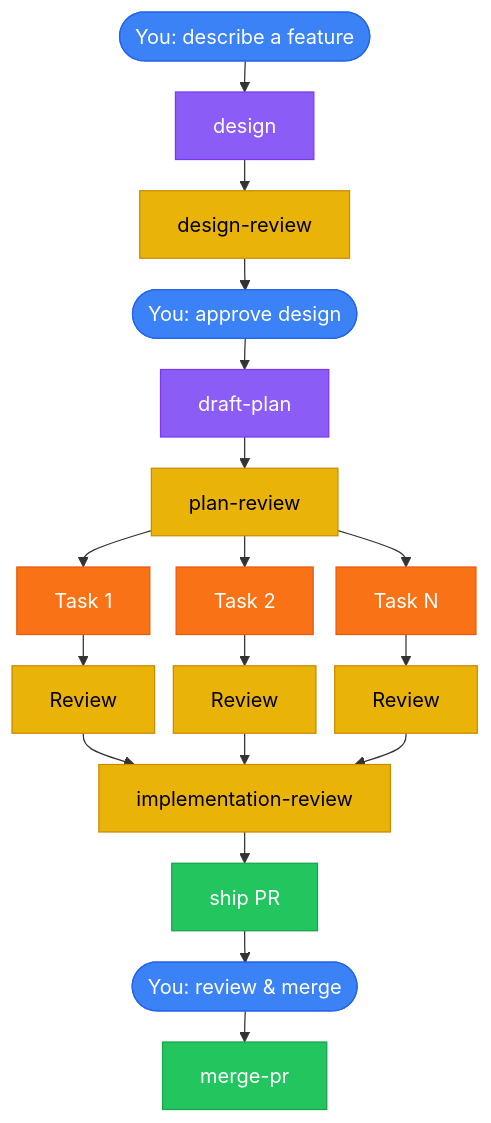
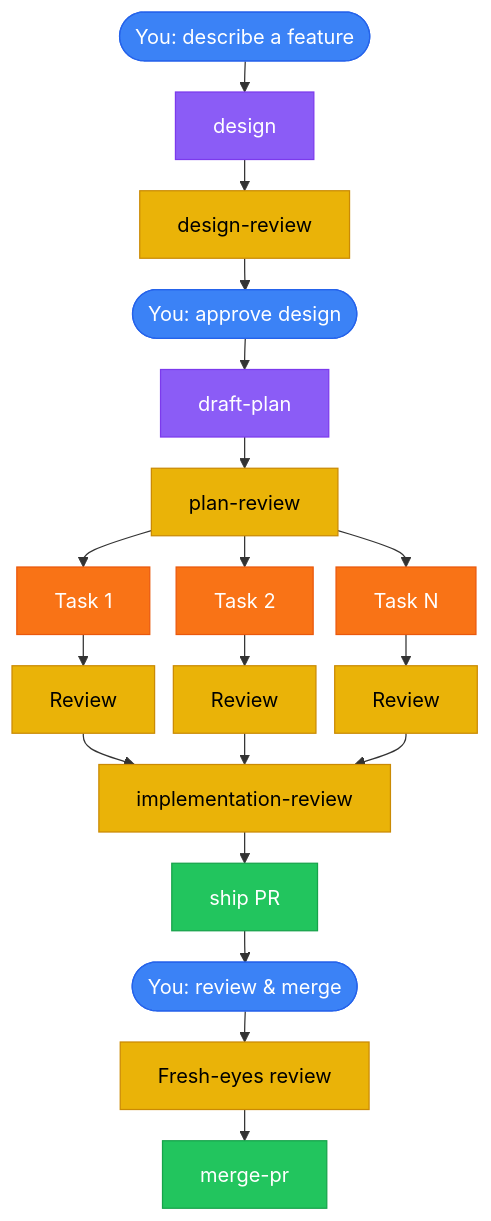
Before and after one commit to nikhilsitaram/superpowers: the diagram in README.md, drawn with Mermaid.

Commit message:
fix: add fresh-eyes review step to mermaid diagram

````diff
--- a/README.md
+++ b/README.md
@@ -57,39 +57,41 @@
 ```mermaid
 %%{init: {'flowchart': {'nodeSpacing': 15, 'rankSpacing': 25}}}%%
 flowchart TD
     A([You: describe a feature]) --> B[design]
     B --> BR[design-review]
     BR --> C([You: approve design])
     C --> D[draft-plan]
     D --> DR[plan-review]
 
     DR --> T1[Task 1]
     DR --> T2[Task 2]
     DR --> TN[Task N]
 
     T1 --> R1[Review]
     T2 --> R2[Review]
     TN --> RN[Review]
 
     R1 & R2 & RN --> IR[implementation-review]
     IR --> S[ship PR]
     S --> M([You: review & merge])
-    M --> MP[merge-pr]
+    M --> MR[Fresh-eyes review]
+    MR --> MP[merge-pr]
 
     style A    fill:#3b82f6,stroke:#2563eb,color:#fff
     style B    fill:#8b5cf6,stroke:#7c3aed,color:#fff
     style BR   fill:#eab308,stroke:#ca8a04,color:#000
     style C    fill:#3b82f6,stroke:#2563eb,color:#fff
     style D    fill:#8b5cf6,stroke:#7c3aed,color:#fff
     style DR   fill:#eab308,stroke:#ca8a04,color:#000
     style T1   fill:#f97316,stroke:#ea580c,color:#fff
     style T2   fill:#f97316,stroke:#ea580c,color:#fff
     style TN   fill:#f97316,stroke:#ea580c,color:#fff
     style R1   fill:#eab308,stroke:#ca8a04,color:#000
     style R2   fill:#eab308,stroke:#ca8a04,color:#000
     style RN   fill:#eab308,stroke:#ca8a04,color:#000
     style IR   fill:#eab308,stroke:#ca8a04,color:#000
     style S    fill:#22c55e,stroke:#16a34a,color:#fff
     style M    fill:#3b82f6,stroke:#2563eb,color:#fff
+    style MR   fill:#eab308,stroke:#ca8a04,color:#000
     style MP   fill:#22c55e,stroke:#16a34a,color:#fff
 ```
````
